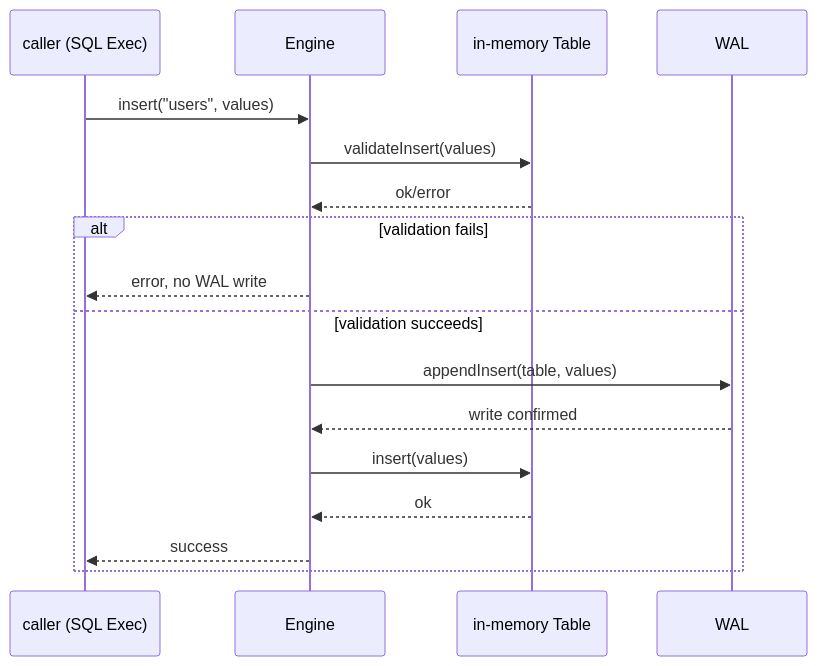
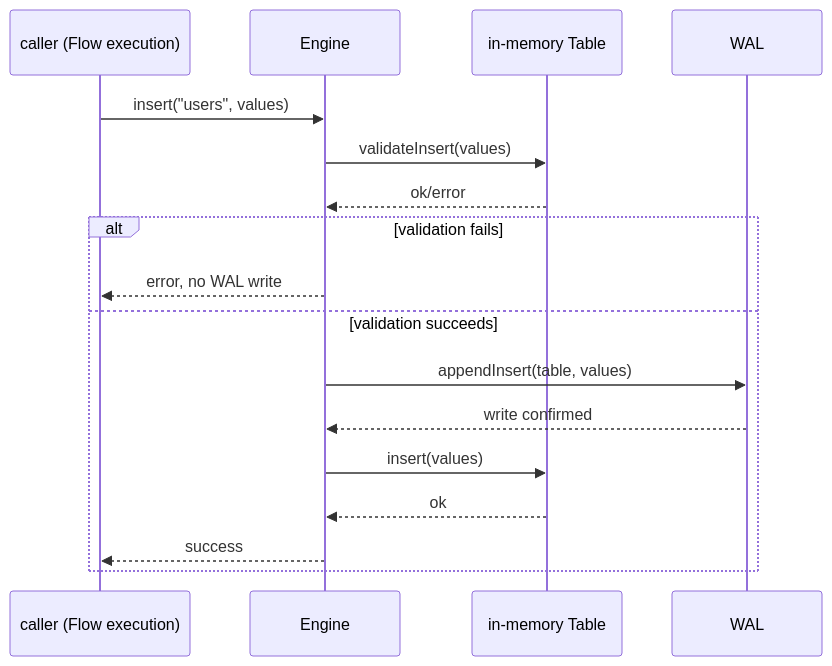
Before and after one commit to viloris-org/Pico: the first of 3 diagrams in docs/architecture/write-path.md, drawn with Mermaid. The commit also changed other lines of this file and 60 other files, not shown here.

First line of the commit message:
feat(protocol): upgrade RunaDB Wire Protocol to v2 with Flow and evidence support

````diff
--- a/docs/architecture/write-path.md
+++ b/docs/architecture/write-path.md
@@ -44,19 +44,19 @@
 ```mermaid
 sequenceDiagram
-    participant C as caller (SQL Exec)
+    participant C as caller (Flow execution)
     participant E as Engine
     participant T as in-memory Table
     participant W as WAL
     C->>E: insert("users", values)
     E->>T: validateInsert(values)
     T-->>E: ok/error
     alt validation fails
         E-->>C: error, no WAL write
     else validation succeeds
         E->>W: appendInsert(table, values)
         W-->>E: write confirmed
         E->>T: insert(values)
         T-->>E: ok
         E-->>C: success
     end
 ```
````
